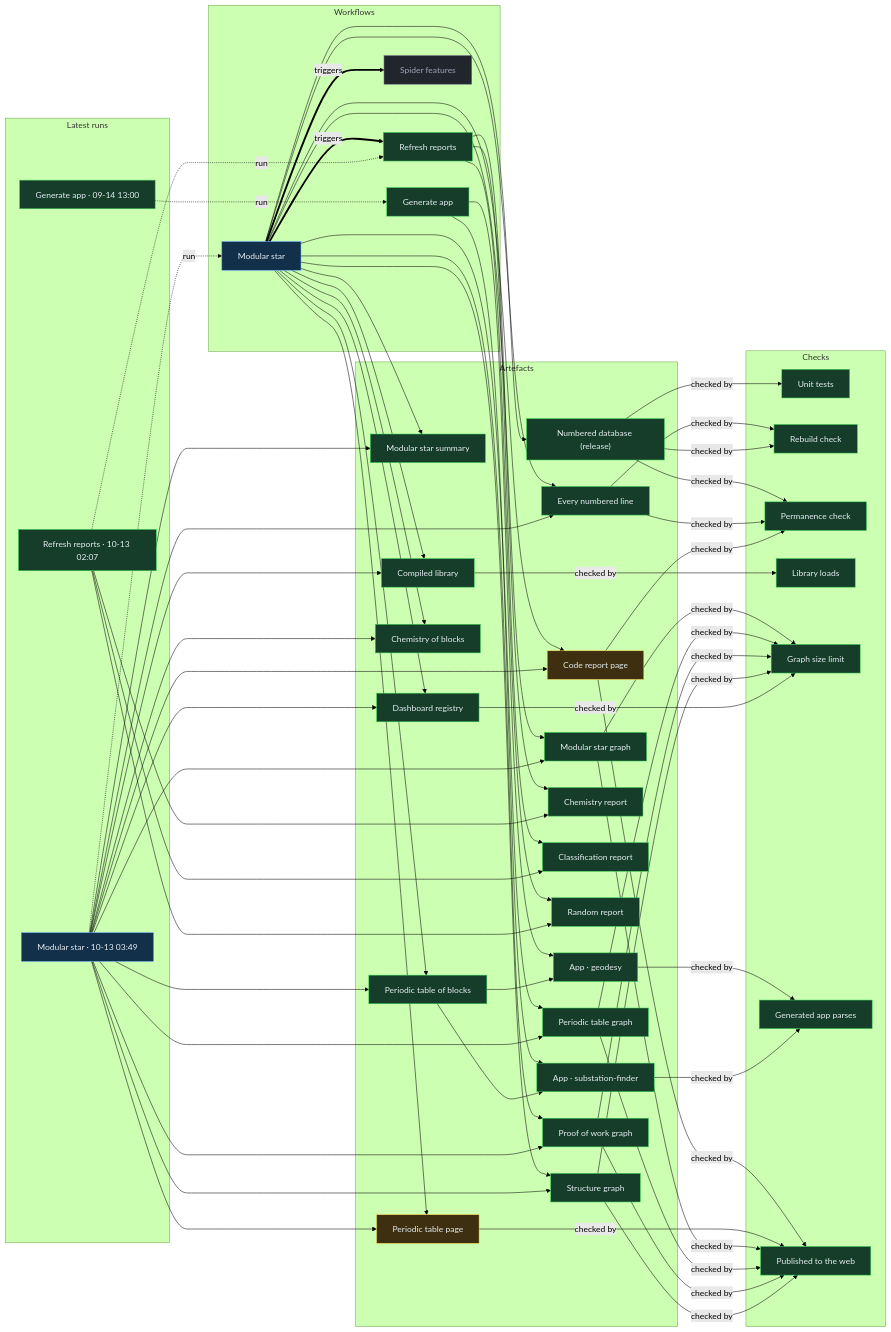
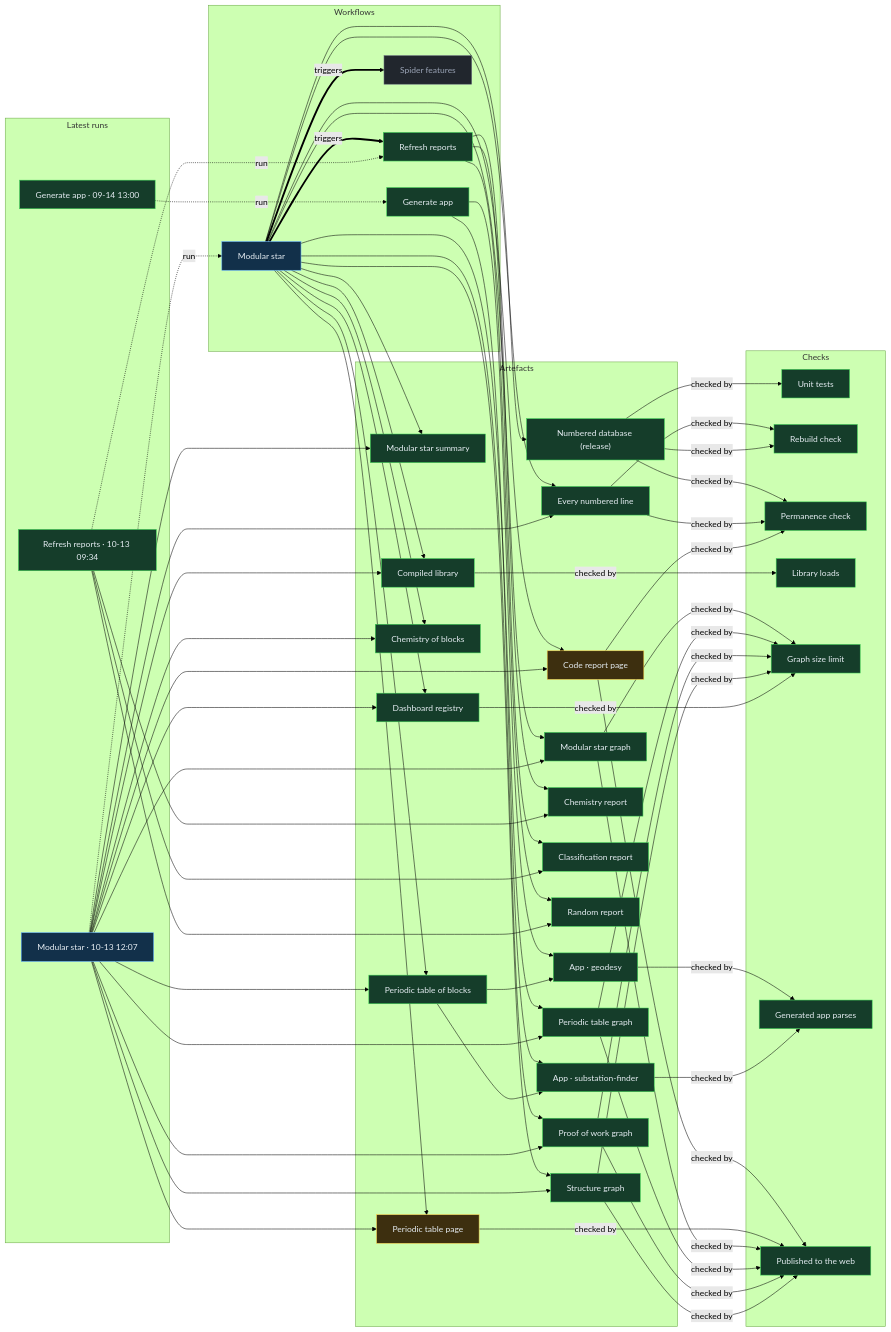
The diagram in proof/PROOF.md (Ventusltd/stars), drawn with Mermaid (forest theme) before and after one commit. The commit also changed other lines of this file and 36 other files, not shown here.

Commit message:
Modular star 2026-10-13T12:10Z

```diff
--- a/proof/PROOF.md
+++ b/proof/PROOF.md
@@ -24,8 +24,8 @@
   n_wf_spider_features["Spider features"]:::off
   end
   subgraph g_runs["Latest runs"]
-  n_run_38343523193["Modular star · 10-13 03:49"]:::live
-  n_run_38335389754["Refresh reports · 10-13 02:07"]:::ok
+  n_run_38395015143["Modular star · 10-13 12:07"]:::live
+  n_run_38377306160["Refresh reports · 10-13 09:34"]:::ok
   n_run_34846587798["Generate app · 09-14 13:00"]:::ok
   end
   subgraph g_artefacts["Artefacts"]
@@ -59,39 +59,39 @@
   end
   n_wf_modular_star == triggers ==> n_wf_refresh
   n_wf_modular_star == triggers ==> n_wf_spider_features
-  n_run_38343523193 -. run .-> n_wf_modular_star
-  n_run_38335389754 -. run .-> n_wf_refresh
+  n_run_38395015143 -. run .-> n_wf_modular_star
+  n_run_38377306160 -. run .-> n_wf_refresh
   n_run_34846587798 -. run .-> n_wf_generate
   n_wf_modular_star --> n_art_summary
-  n_run_38343523193 --> n_art_summary
+  n_run_38395015143 --> n_art_summary
   n_wf_modular_star --> n_art_lines
-  n_run_38343523193 --> n_art_lines
+  n_run_38395015143 --> n_art_lines
   n_wf_modular_star --> n_art_code
-  n_run_38343523193 --> n_art_code
+  n_run_38395015143 --> n_art_code
   n_wf_modular_star --> n_art_modular_graph
-  n_run_38343523193 --> n_art_modular_graph
+  n_run_38395015143 --> n_art_modular_graph
   n_wf_modular_star --> n_art_blocks
-  n_run_38343523193 --> n_art_blocks
+  n_run_38395015143 --> n_art_blocks
   n_wf_modular_star --> n_art_table
-  n_run_38343523193 --> n_art_table
+  n_run_38395015143 --> n_art_table
   n_wf_modular_star --> n_art_blocks_graph
-  n_run_38343523193 --> n_art_blocks_graph
+  n_run_38395015143 --> n_art_blocks_graph
   n_wf_modular_star --> n_art_reactions
-  n_run_38343523193 --> n_art_reactions
+  n_run_38395015143 --> n_art_reactions
   n_wf_modular_star --> n_art_library
-  n_run_38343523193 --> n_art_library
+  n_run_38395015143 --> n_art_library
   n_wf_modular_star --> n_art_features
-  n_run_38343523193 --> n_art_features
+  n_run_38395015143 --> n_art_features
   n_wf_modular_star --> n_art_proof
-  n_run_38343523193 --> n_art_proof
+  n_run_38395015143 --> n_art_proof
   n_wf_modular_star --> n_art_structure
-  n_run_38343523193 --> n_art_structure
+  n_run_38395015143 --> n_art_structure
   n_wf_refresh --> n_art_chemistry
-  n_run_38335389754 --> n_art_chemistry
+  n_run_38377306160 --> n_art_chemistry
   n_wf_refresh --> n_art_vedic
-  n_run_38335389754 --> n_art_vedic
+  n_run_38377306160 --> n_art_vedic
   n_wf_refresh --> n_art_random
-  n_run_38335389754 --> n_art_random
+  n_run_38377306160 --> n_art_random
   n_wf_modular_star --> n_art_release
   n_wf_generate --> n_app_geodesy
   n_art_blocks --> n_app_geodesy
```
